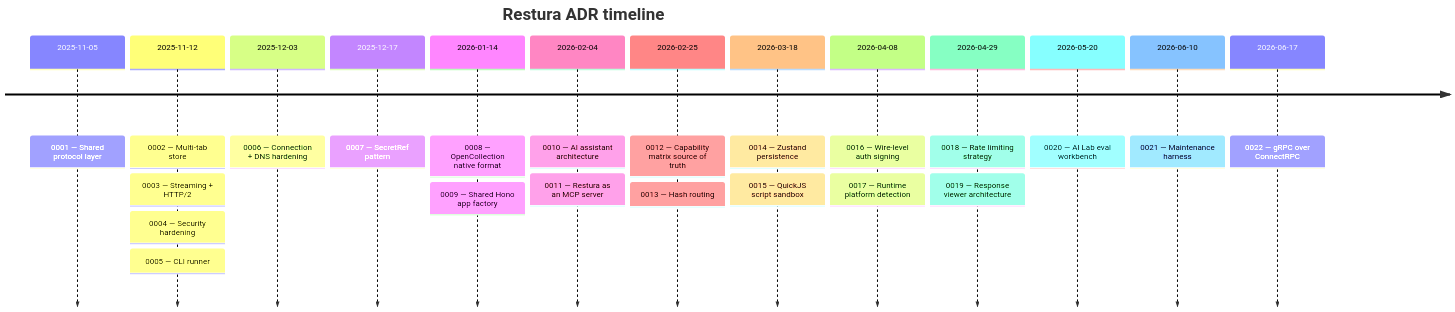
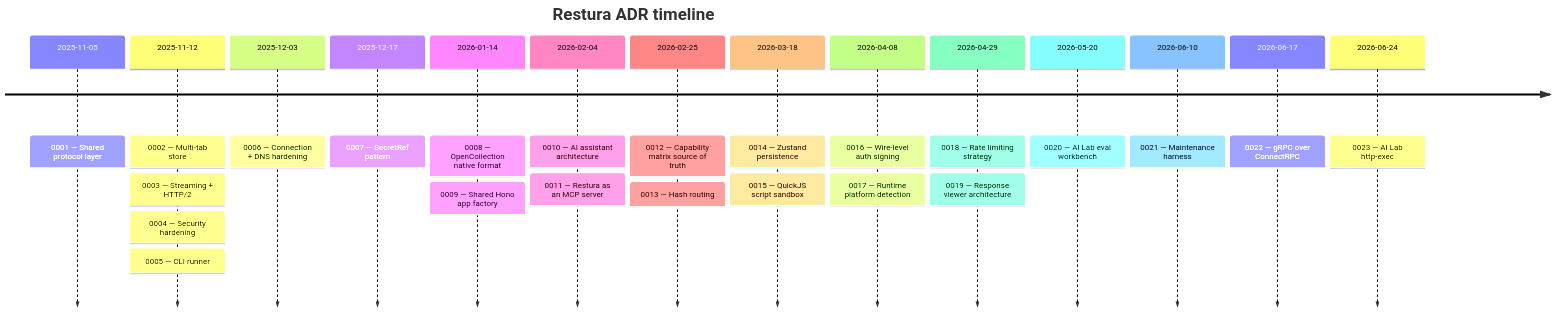
Before and after one commit to dipjyotimetia/restura: the diagram in docs-site/src/content/docs/architecture/adrs.mdx, drawn with Mermaid. The commit also changed other lines of this file and 5 other files, not shown here.

First line of the commit message:
docs(docs-site): document AI Lab Arena, http-exec, new scorers + datasets

````diff
--- a/docs-site/src/content/docs/architecture/adrs.mdx
+++ b/docs-site/src/content/docs/architecture/adrs.mdx
@@ -10,26 +10,27 @@
 ```mermaid
 timeline
   title Restura ADR timeline
   2025-11-05 : 0001 — Shared protocol layer
   2025-11-12 : 0002 — Multi-tab store
              : 0003 — Streaming + HTTP/2
              : 0004 — Security hardening
              : 0005 — CLI runner
   2025-12-03 : 0006 — Connection + DNS hardening
   2025-12-17 : 0007 — SecretRef pattern
   2026-01-14 : 0008 — OpenCollection native format
              : 0009 — Shared Hono app factory
   2026-02-04 : 0010 — AI assistant architecture
              : 0011 — Restura as an MCP server
   2026-02-25 : 0012 — Capability matrix source of truth
              : 0013 — Hash routing
   2026-03-18 : 0014 — Zustand persistence
              : 0015 — QuickJS script sandbox
   2026-04-08 : 0016 — Wire-level auth signing
              : 0017 — Runtime platform detection
   2026-04-29 : 0018 — Rate limiting strategy
              : 0019 — Response viewer architecture
   2026-05-20 : 0020 — AI Lab eval workbench
   2026-06-10 : 0021 — Maintenance harness
   2026-06-17 : 0022 — gRPC over ConnectRPC
+  2026-06-24 : 0023 — AI Lab http-exec
 ```
````
